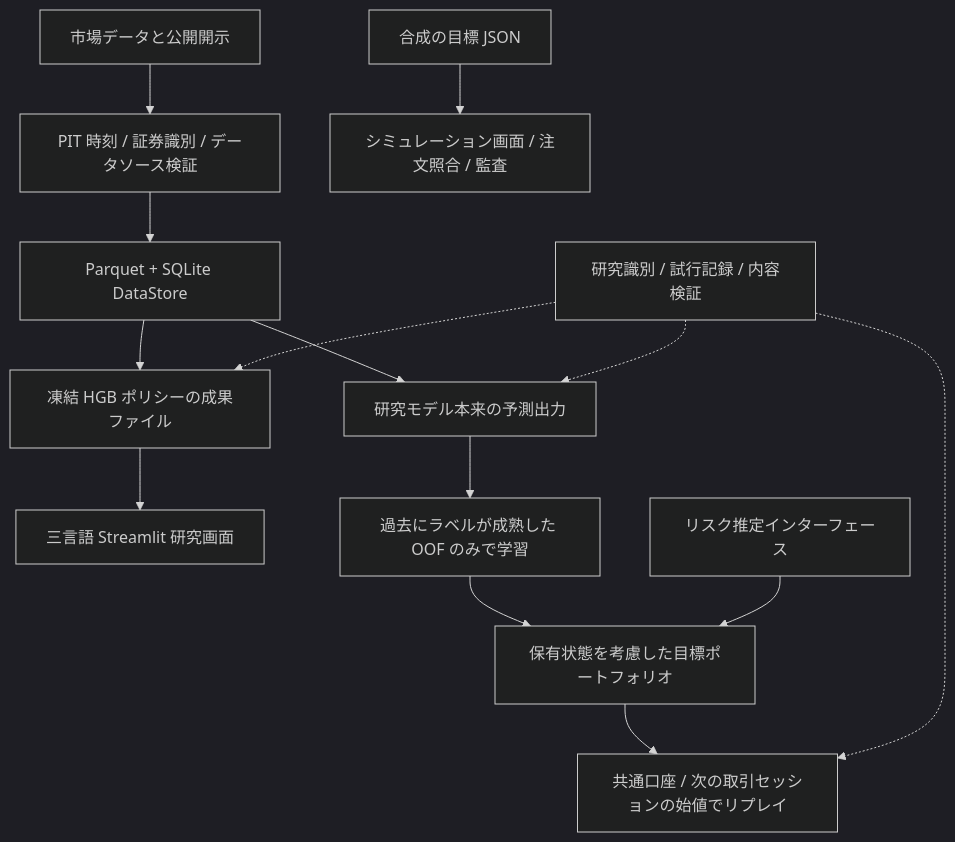
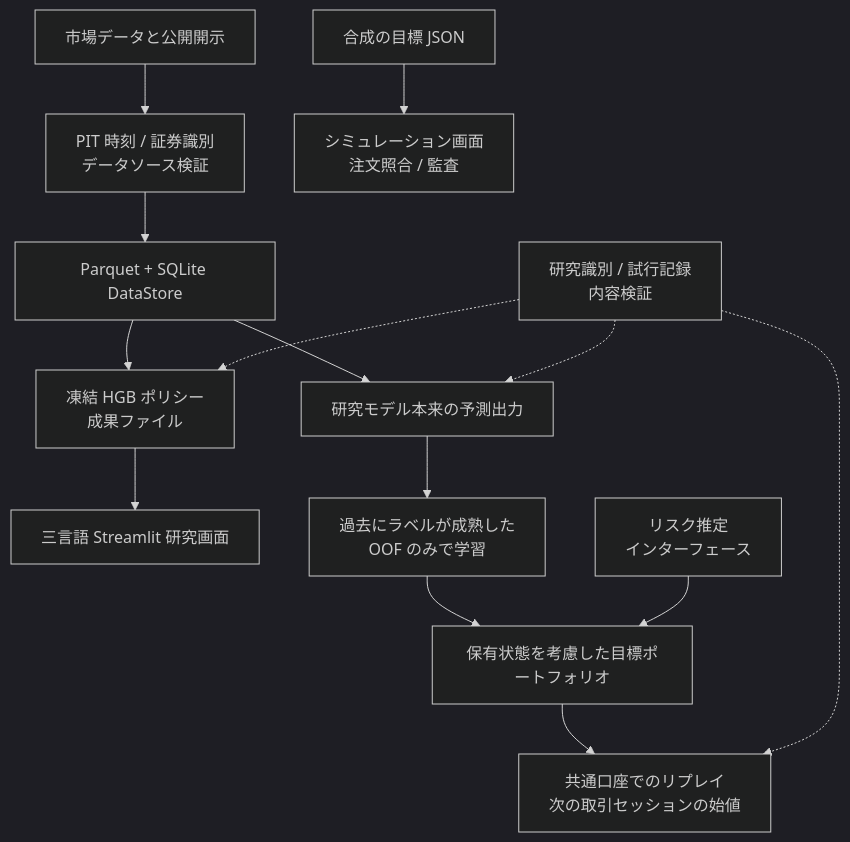
Before and after one commit to kinryukii/us-tech-quant-v21: the diagram in docs/README.ja.md, drawn with Mermaid (dark theme). The commit also changed 2 other files, not shown here.

Commit message:
docs: improve multilingual architecture label wrapping

````diff
--- a/docs/README.ja.md
+++ b/docs/README.ja.md
@@ -32,16 +32,16 @@
 ```mermaid
 flowchart TB
-    Sources[市場データと公開開示] --> PIT[PIT 時刻 / 証券識別 / データソース検証]
+    Sources[市場データと公開開示] --> PIT["PIT 時刻 / 証券識別<br/>データソース検証"]
     PIT --> Store[Parquet + SQLite DataStore]
-    Store --> HGB[凍結 HGB ポリシーの成果ファイル]
+    Store --> HGB["凍結 HGB ポリシー<br/>成果ファイル"]
     HGB --> Demo[三言語 Streamlit 研究画面]
     Store --> Forecast[研究モデル本来の予測出力]
-    Forecast --> Bridge[過去にラベルが成熟した OOF のみで学習]
+    Forecast --> Bridge["過去にラベルが成熟した<br/>OOF のみで学習"]
     Bridge --> Policy[保有状態を考慮した目標ポートフォリオ]
-    Risk[リスク推定インターフェース] --> Policy
-    Policy --> Replay[共通口座 / 次の取引セッションの始値でリプレイ]
-    Registry[研究識別 / 試行記録 / 内容検証] -.-> HGB
+    Risk["リスク推定<br/>インターフェース"] --> Policy
+    Policy --> Replay["共通口座でのリプレイ<br/>次の取引セッションの始値"]
+    Registry["研究識別 / 試行記録<br/>内容検証"] -.-> HGB
     Registry -.-> Forecast
     Registry -.-> Replay
-    JSON[合成の目標 JSON] --> Paper[シミュレーション画面 / 注文照合 / 監査]
+    JSON[合成の目標 JSON] --> Paper["シミュレーション画面<br/>注文照合 / 監査"]
 ```
````
